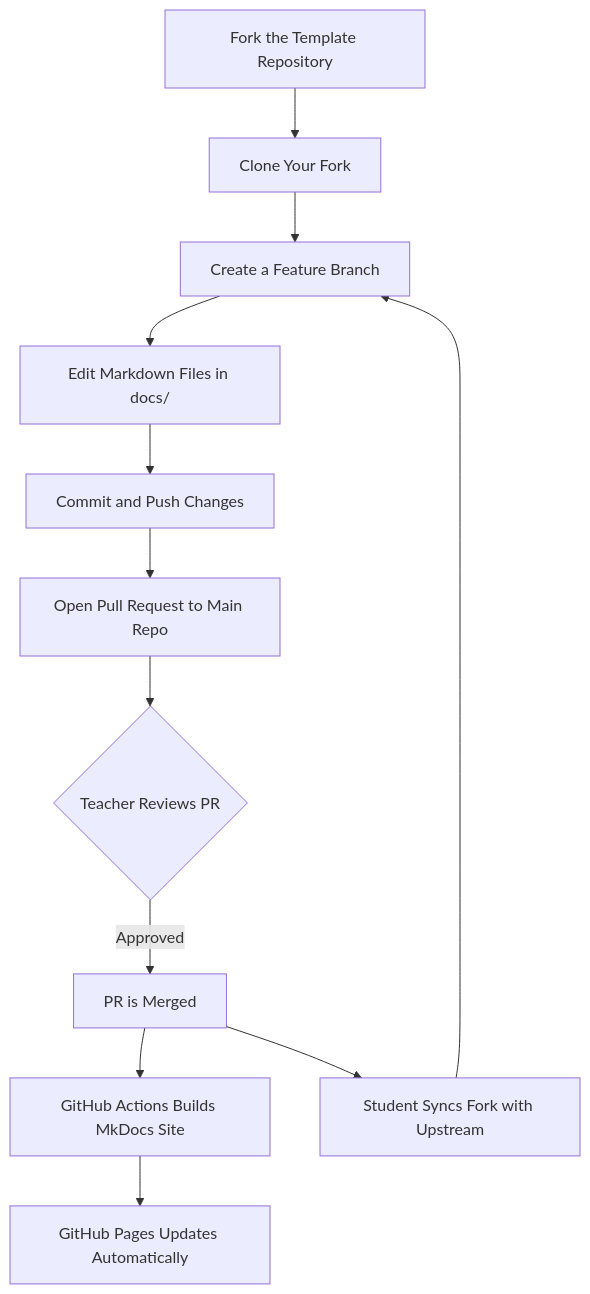
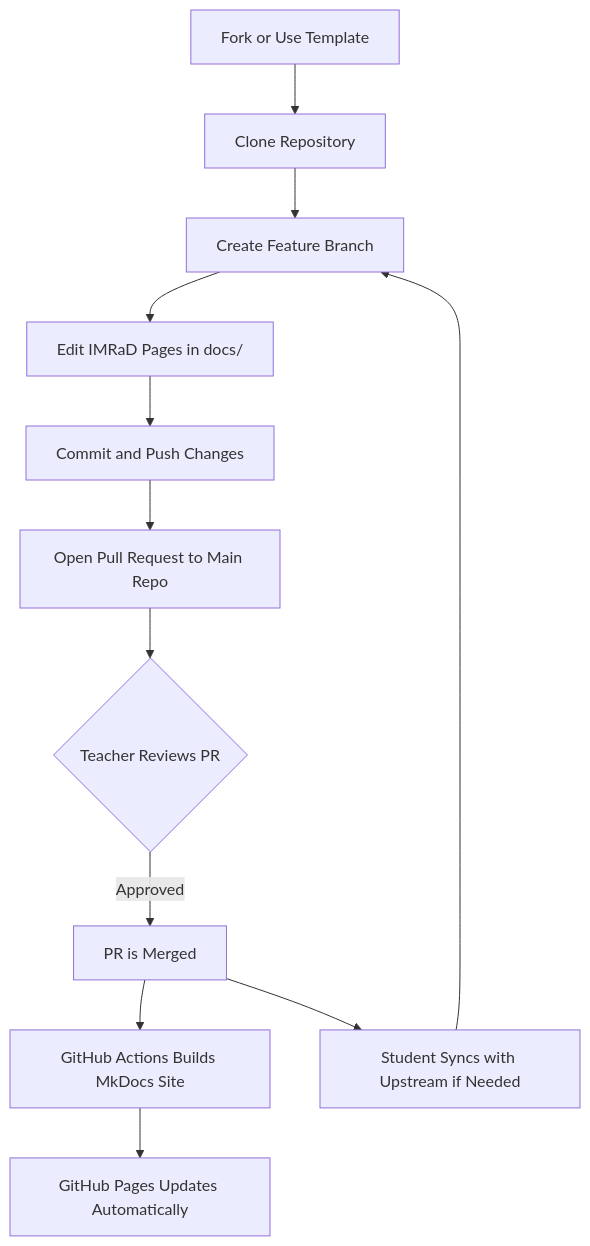
Before and after one commit to Kinev10/research-imrad-template: the diagram in README.md, drawn with Mermaid. The commit also changed other lines of this file, not shown here.

Commit message:
docs: add instruction on how to use template

````diff
--- a/README.md
+++ b/README.md
@@ -247,14 +261,14 @@
 ```mermaid
 flowchart TD
-    A[Fork the Template Repository] --> B[Clone Your Fork]
-    B --> C[Create a Feature Branch]
-    C --> D[Edit Markdown Files in docs/]
+    A[Fork or Use Template] --> B[Clone Repository]
+    B --> C[Create Feature Branch]
+    C --> D[Edit IMRaD Pages in docs/]
     D --> E[Commit and Push Changes]
     E --> F[Open Pull Request to Main Repo]
     F --> G{Teacher Reviews PR}
     G -->|Approved| H[PR is Merged]
     H --> I[GitHub Actions Builds MkDocs Site]
     I --> J[GitHub Pages Updates Automatically]
-    H --> K[Student Syncs Fork with Upstream]
+    H --> K[Student Syncs with Upstream if Needed]
     K --> C
 ```
````
